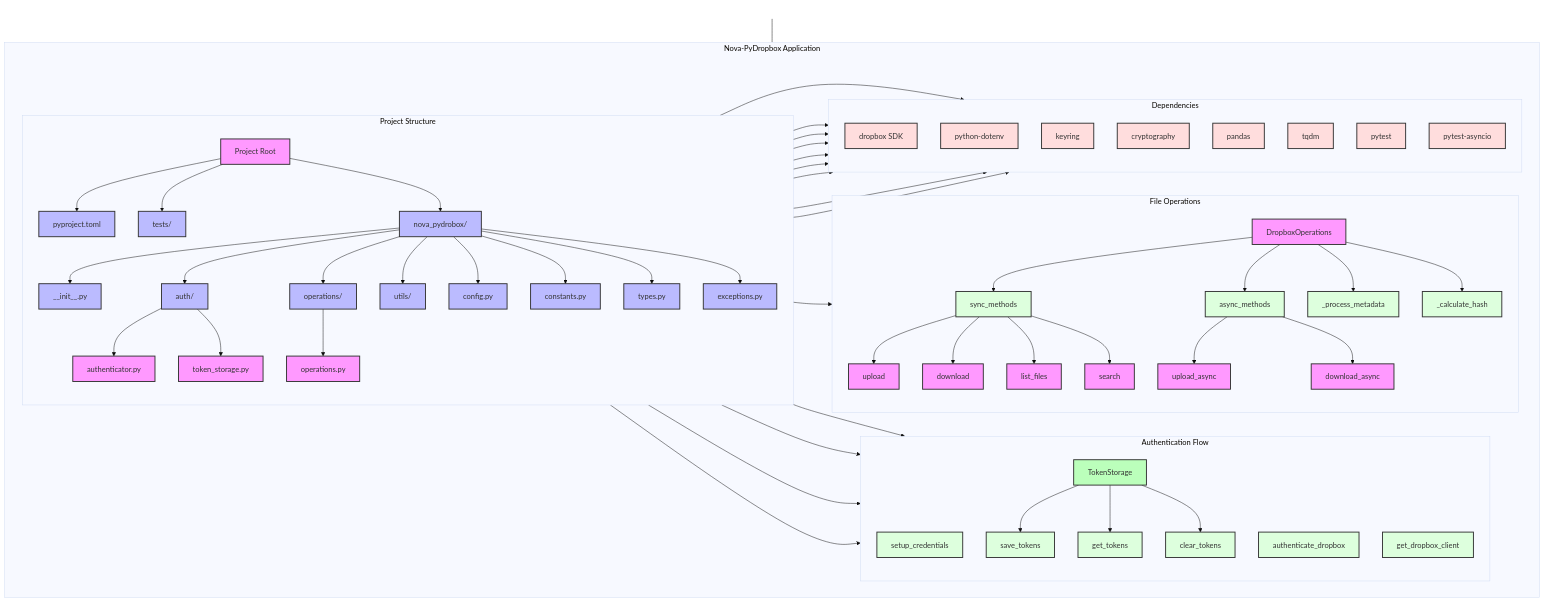
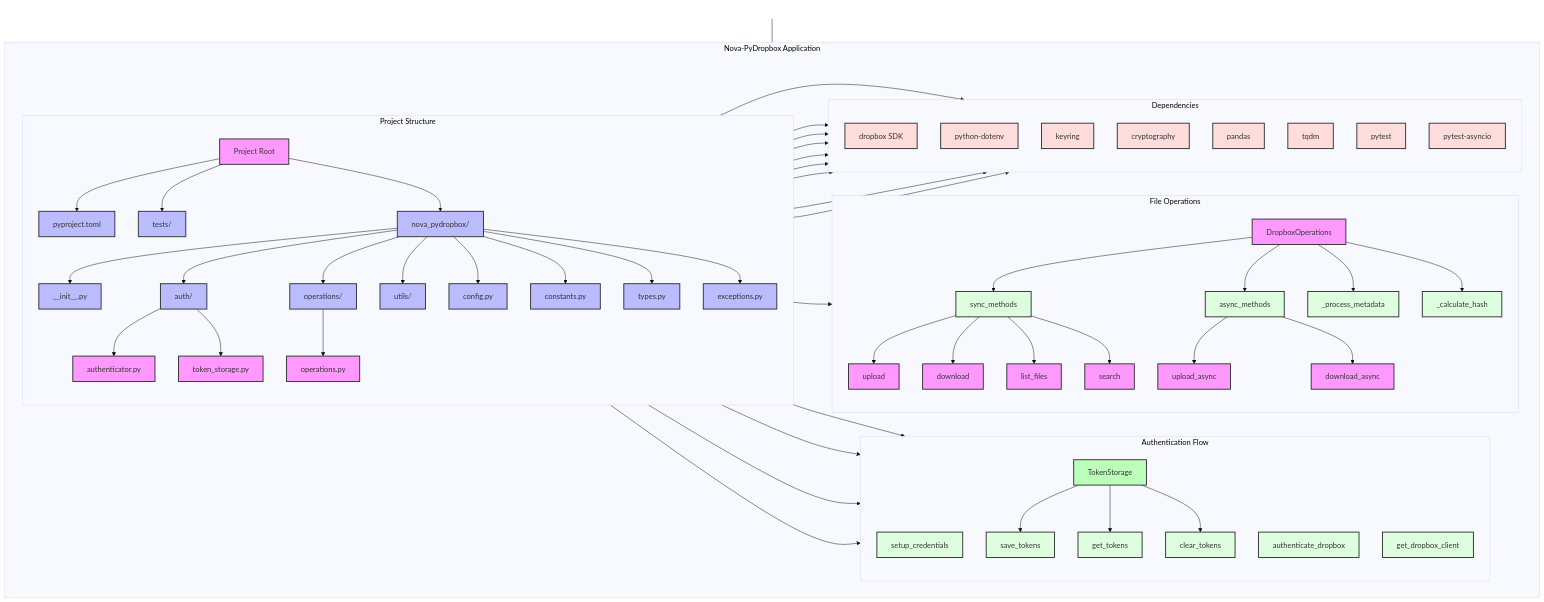
Before and after one commit to liamswan/nova-pydrobox: the diagram in README.md, drawn with Mermaid. The commit also changed other lines of this file and 1 other file, not shown here.

```diff
--- a/README.md
+++ b/README.md
@@ -139,7 +167,7 @@
             A[Project Root]
             A --> B[pyproject.toml]
             A --> D[tests/]
-            A --> E[nova_pydrobox/]
+            A --> E[nova_pydropbox/]
 
             E --> E1[__init__.py]
             E --> Auth[auth/]
```
